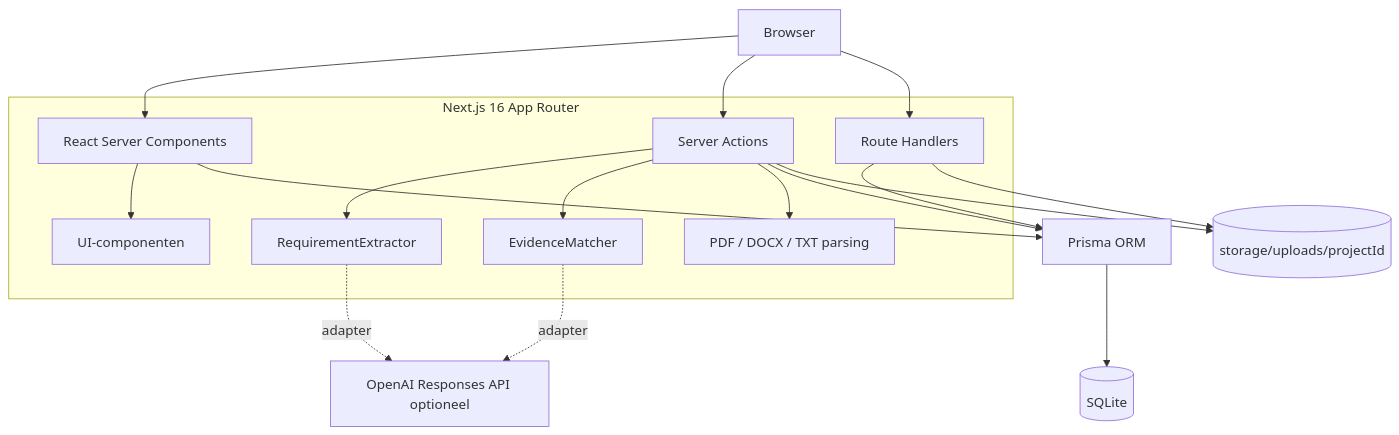
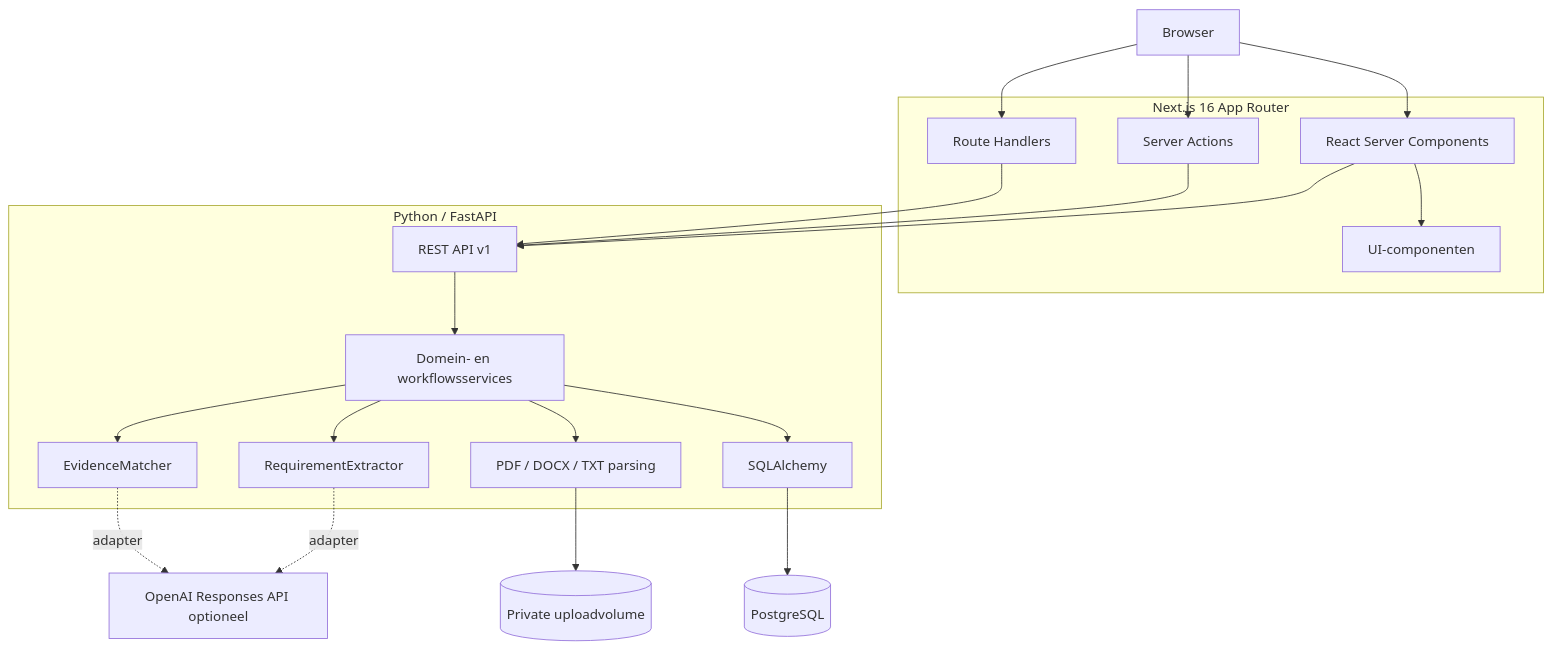
One commit to oli4vos/Compliance-in-control changed the second of 7 diagrams in ARCHITECTURE.md. Above: the diagram before and after it, drawn with Mermaid. The commit also changed other lines of this file and 39 other files, not shown here.

Commit message:
Migrate full evidence workflow to FastAPI

````diff
--- a/ARCHITECTURE.md
+++ b/ARCHITECTURE.md
@@ -79,33 +79,38 @@
 ```mermaid
 flowchart TB
     B[Browser]
     subgraph NEXT[Next.js 16 App Router]
       RSC[React Server Components]
       SA[Server Actions]
       RH[Route Handlers]
       UI[UI-componenten]
+    end
+    subgraph PY[Python / FastAPI]
+      API[REST API v1]
+      DOM[Domein- en workflowsservices]
       EX[RequirementExtractor]
       MA[EvidenceMatcher]
       TXT[PDF / DOCX / TXT parsing]
+      ORM[SQLAlchemy]
     end
-    P[Prisma ORM]
-    S[(SQLite)]
-    L[(storage/uploads/projectId)]
+    S[(PostgreSQL)]
+    L[(Private uploadvolume)]
     O[OpenAI Responses API optioneel]
 
     B --> RSC
     B --> SA
     B --> RH
     RSC --> UI
-    SA --> EX
-    SA --> MA
-    SA --> TXT
-    RSC --> P
-    SA --> P
-    RH --> P
-    P --> S
-    SA --> L
-    RH --> L
+    RSC --> API
+    SA --> API
+    RH --> API
+    API --> DOM
+    DOM --> EX
+    DOM --> MA
+    DOM --> TXT
+    DOM --> ORM
+    ORM --> S
+    TXT --> L
     EX -. adapter .-> O
     MA -. adapter .-> O
 ```
````
